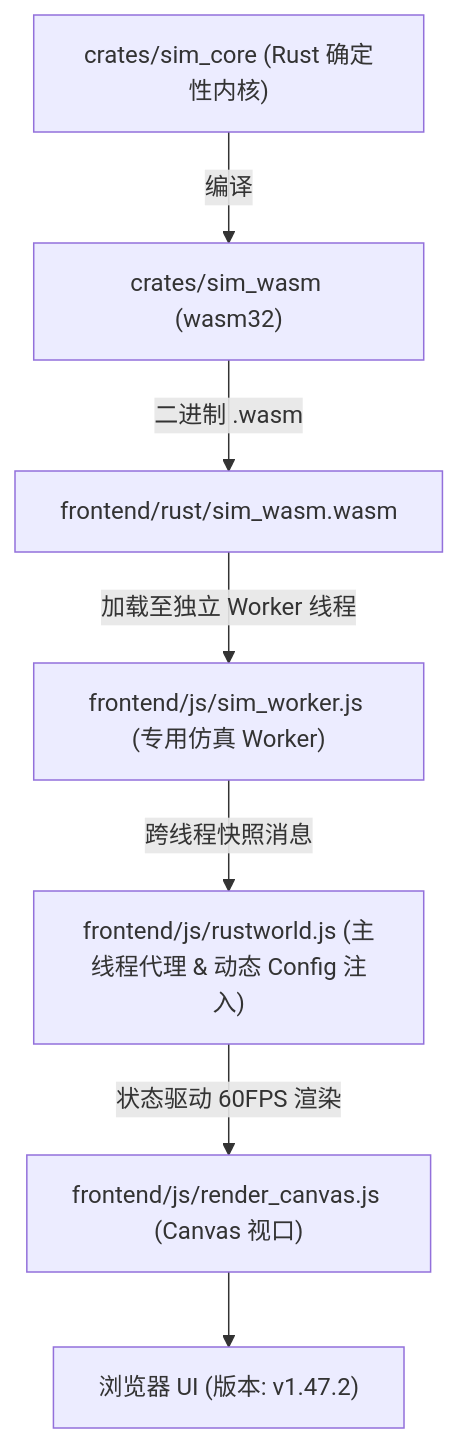
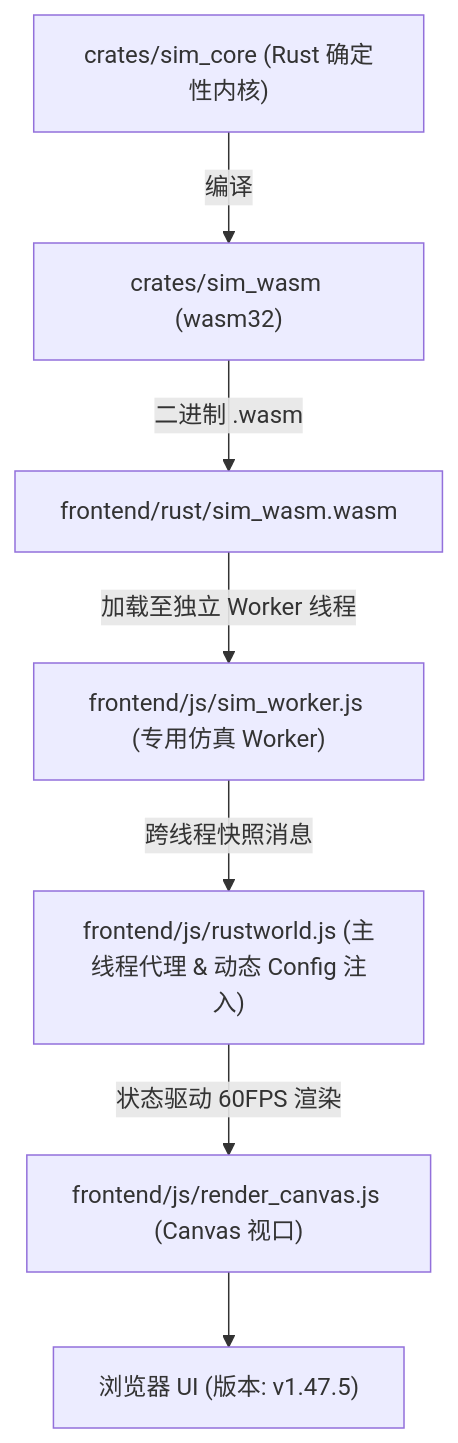
One commit to g39088902/FlowAndAccord changed the diagram in AGENTS.md. Above: the diagram before and after it, drawn with Mermaid. The commit also changed other lines of this file and 40 other files, not shown here.

````diff
--- a/AGENTS.md
+++ b/AGENTS.md
@@ -61,9 +61,9 @@
 ```mermaid
 graph TD
     A["crates/sim_core (Rust 确定性内核)"] -->|编译| B["crates/sim_wasm (wasm32)"]
     B -->|二进制 .wasm| C["frontend/rust/sim_wasm.wasm"]
     C -->|加载至独立 Worker 线程| D["frontend/js/sim_worker.js (专用仿真 Worker)"]
     D -->|跨线程快照消息| E["frontend/js/rustworld.js (主线程代理 & 动态 Config 注入)"]
     E -->|状态驱动 60FPS 渲染| F["frontend/js/render_canvas.js (Canvas 视口)"]
-    F --> G["浏览器 UI (版本: v1.47.2)"]
+    F --> G["浏览器 UI (版本: v1.47.5)"]
 ```
````
